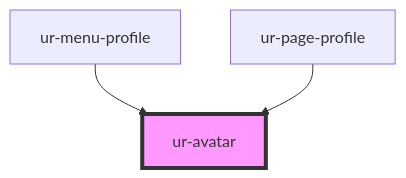
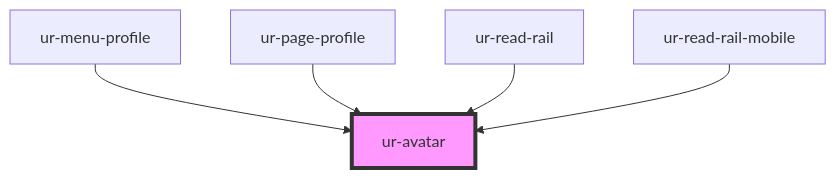
Before and after one commit to hellish/urnovl-web-components: the diagram in src/components/ur-avatar/readme.md, drawn with Mermaid. The commit also changed other lines of this file and 256 other files, not shown here.

````diff
--- a/src/components/ur-avatar/readme.md
+++ b/src/components/ur-avatar/readme.md
@@ -27,6 +29,8 @@
 ```mermaid
 graph TD;
   ur-menu-profile --> ur-avatar
   ur-page-profile --> ur-avatar
+  ur-read-rail --> ur-avatar
+  ur-read-rail-mobile --> ur-avatar
   style ur-avatar fill:#f9f,stroke:#333,stroke-width:4px
 ```
````
